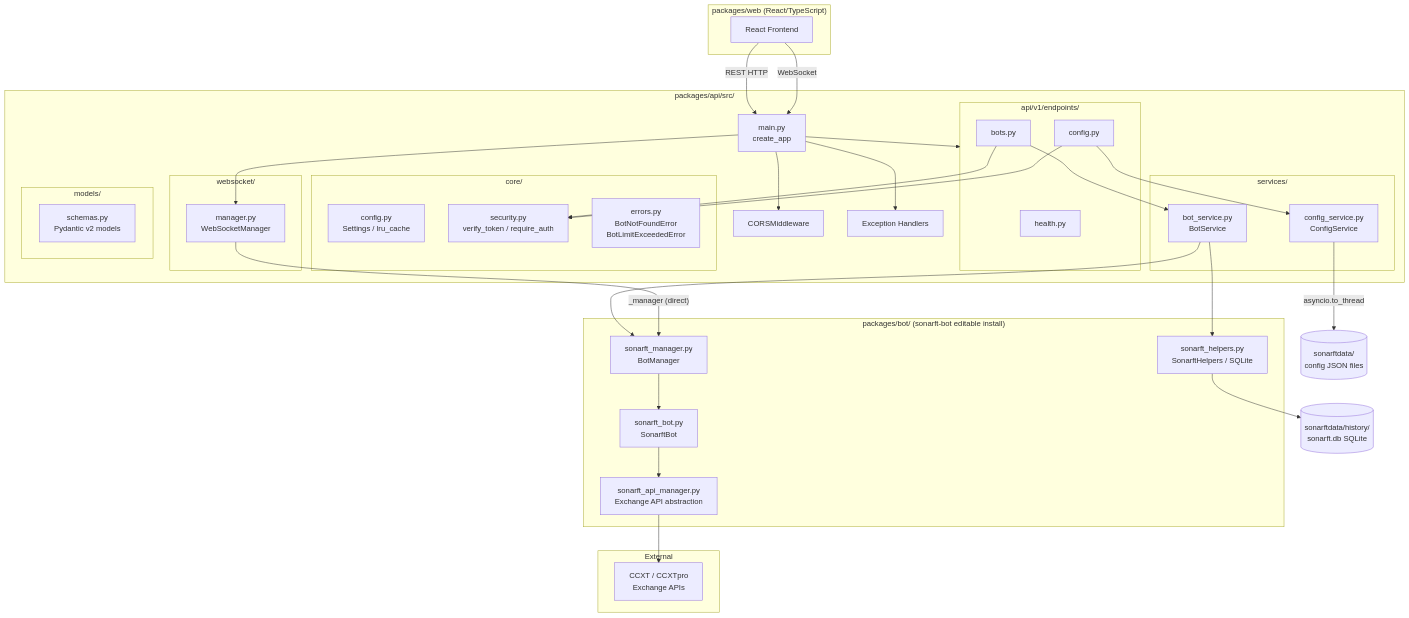
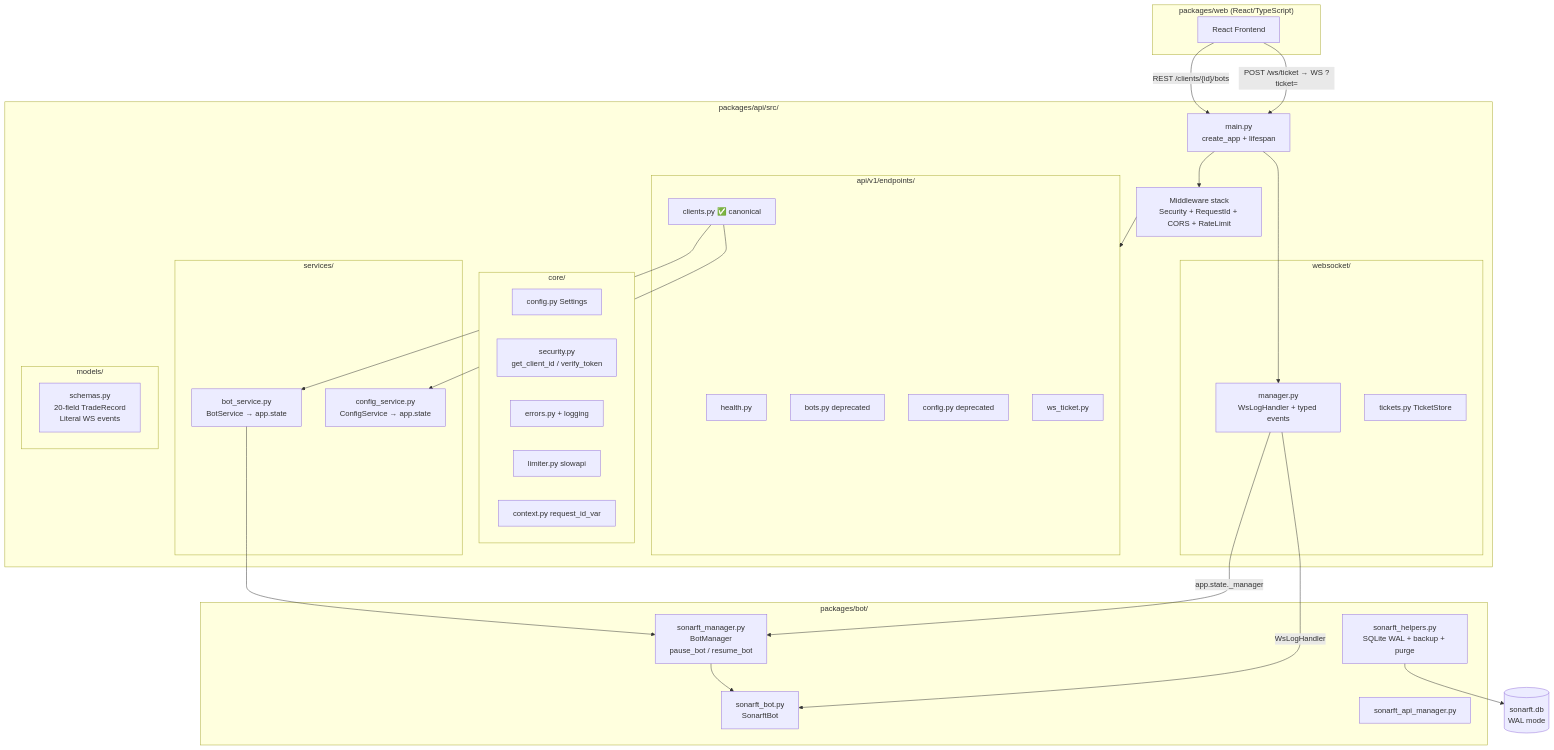
Before and after one commit to jreinaldodasilva/sonarft-monorepo: the diagram in packages/api/docs/architecture/01-api-architecture.md, drawn with Mermaid. The commit also changed other lines of this file and 10 other files, not shown here.

First line of the commit message:
docs: update all review documents and roadmap to post-implementation state

````diff
--- a/packages/api/docs/architecture/01-api-architecture.md
+++ b/packages/api/docs/architecture/01-api-architecture.md
@@ -18,67 +17,60 @@
 ```mermaid
 graph TD
     subgraph Web["packages/web (React/TypeScript)"]
         FE[React Frontend]
     end
 
     subgraph API["packages/api/src/"]
-        MAIN[main.py\ncreate_app]
-        CORS[CORSMiddleware]
-        ERR[Exception Handlers]
+        MAIN[main.py\ncreate_app + lifespan]
+        MW[Middleware stack\nSecurity + RequestId + CORS + RateLimit]
 
         subgraph Routers["api/v1/endpoints/"]
             H[health.py]
-            B[bots.py]
-            C[config.py]
+            CL[clients.py ✅ canonical]
+            B[bots.py deprecated]
+            C[config.py deprecated]
+            WS_T[ws_ticket.py]
         end
 
         subgraph Core["core/"]
-            CFG[config.py\nSettings / lru_cache]
-            SEC[security.py\nverify_token / require_auth]
-            ERR2[errors.py\nBotNotFoundError\nBotLimitExceededError]
+            CFG[config.py Settings]
+            SEC[security.py\nget_client_id / verify_token]
+            ERR[errors.py + logging]
+            LIM[limiter.py slowapi]
+            CTX[context.py request_id_var]
         end
 
         subgraph Services["services/"]
-            BS[bot_service.py\nBotService]
-            CS[config_service.py\nConfigService]
+            BS[bot_service.py\nBotService → app.state]
+            CS[config_service.py\nConfigService → app.state]
         end
 
         subgraph WS["websocket/"]
-            WSM[manager.py\nWebSocketManager]
+            WSM[manager.py\nWsLogHandler + typed events]
+            TKT[tickets.py TicketStore]
         end
 
         subgraph Models["models/"]
-            SCH[schemas.py\nPydantic v2 models]
+            SCH[schemas.py\n20-field TradeRecord\nLiteral WS events]
         end
     end
 
-    subgraph Bot["packages/bot/ (sonarft-bot editable install)"]
-        BM[sonarft_manager.py\nBotManager]
+    subgraph Bot["packages/bot/"]
+        BM[sonarft_manager.py\nBotManager\npause_bot / resume_bot]
         SB[sonarft_bot.py\nSonarftBot]
-        SH[sonarft_helpers.py\nSonarftHelpers / SQLite]
-        SA[sonarft_api_manager.py\nExchange API abstraction]
+        SH[sonarft_helpers.py\nSQLite WAL + backup + purge]
+        SA[sonarft_api_manager.py]
     end
 
-    subgraph Exchanges["External"]
-        EX[CCXT / CCXTpro\nExchange APIs]
-    end
-
-    FE -- "REST HTTP" --> MAIN
-    FE -- "WebSocket" --> MAIN
-    MAIN --> CORS
-    MAIN --> ERR
-    MAIN --> Routers
+    FE -- "REST /clients/{id}/bots" --> MAIN
+    FE -- "POST /ws/ticket → WS ?ticket=" --> MAIN
+    MAIN --> MW --> Routers
     MAIN --> WSM
-    B --> BS
-    C --> CS
-    B --> SEC
-    C --> SEC
+    CL --> BS
+    CL --> CS
     BS --> BM
-    BS --> SH
-    CS -- "asyncio.to_thread" --> FS[(sonarftdata/\nconfig JSON files)]
     BM --> SB
-    SB --> SA
-    SA --> EX
-    SH --> DB[(sonarftdata/history/\nsonarft.db SQLite)]
-    WSM -- "_manager (direct)" --> BM
+    SH --> DB[(sonarft.db\nWAL mode)]
+    WSM -- "app.state._manager" --> BM
+    WSM -- "WsLogHandler" --> SB
 ```
````
